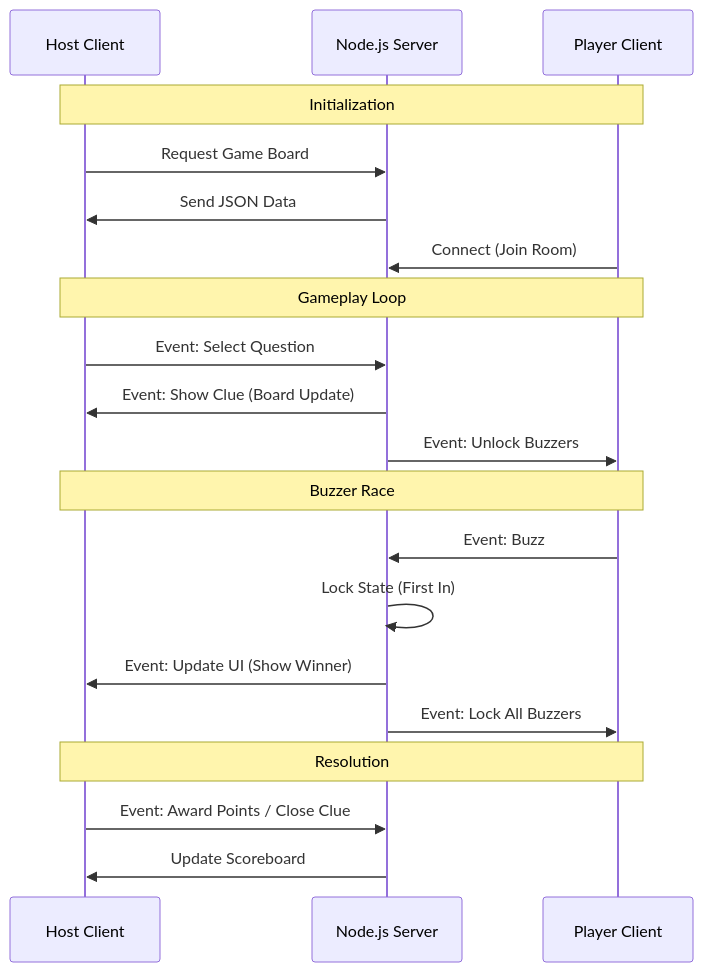
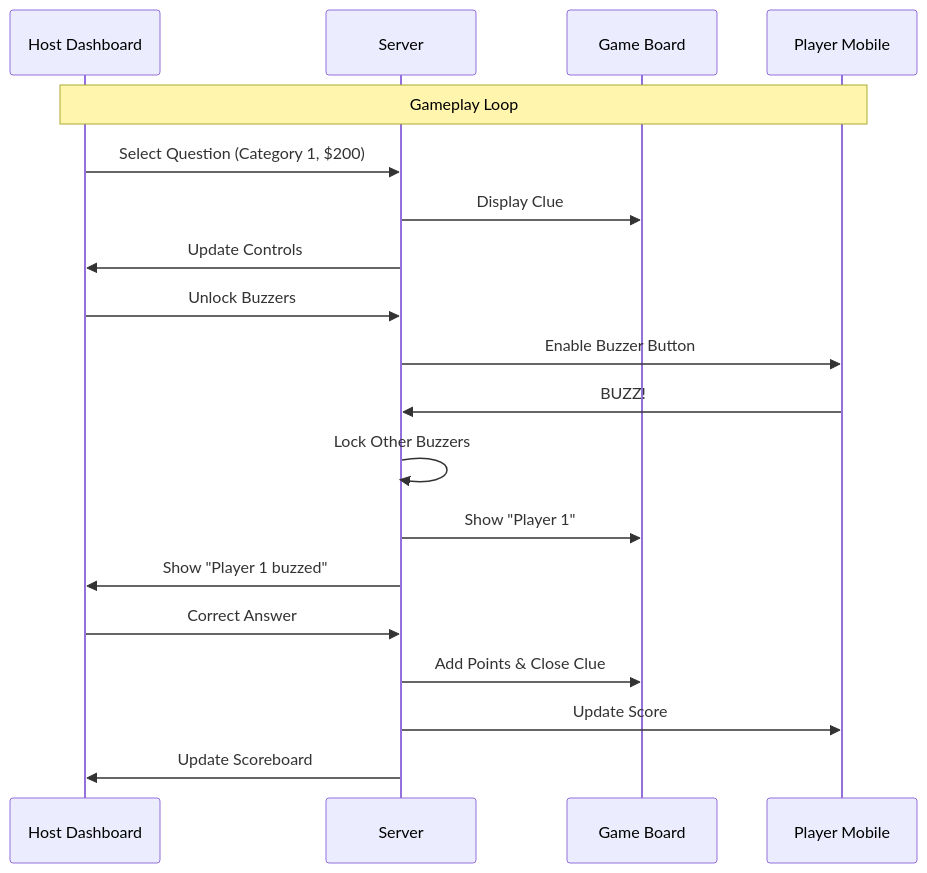
Before and after one commit to apenaloza7/git-money-jeopardy: the second of 2 diagrams in README.md, drawn with Mermaid. The commit also changed other lines of this file and 28 other files, not shown here.

````diff
--- a/README.md
+++ b/README.md
@@ -34,26 +131,26 @@
 ```mermaid
 sequenceDiagram
-    participant Host as Host Client
-    participant Server as Node.js Server
-    participant Player as Player Client
-
-    Note over Host, Player: Initialization
-    Host->>Server: Request Game Board
-    Server->>Host: Send JSON Data
-    Player->>Server: Connect (Join Room)
+    participant Host as Host Dashboard
+    participant Server
+    participant Board as Game Board
+    participant Player as Player Mobile
 
     Note over Host, Player: Gameplay Loop
-    Host->>Server: Event: Select Question
-    Server->>Host: Event: Show Clue (Board Update)
-    Server->>Player: Event: Unlock Buzzers
 
-    Note over Host, Player: Buzzer Race
-    Player->>Server: Event: Buzz
-    Server->>Server: Lock State (First In)
-    Server->>Host: Event: Update UI (Show Winner)
-    Server->>Player: Event: Lock All Buzzers
-
-    Note over Host, Player: Resolution
-    Host->>Server: Event: Award Points / Close Clue
+    Host->>Server: Select Question (Category 1, $200)
+    Server->>Board: Display Clue
+    Server->>Host: Update Controls
+    
+    Host->>Server: Unlock Buzzers
+    Server->>Player: Enable Buzzer Button
+    
+    Player->>Server: BUZZ!
+    Server->>Server: Lock Other Buzzers
+    Server->>Board: Show "Player 1"
+    Server->>Host: Show "Player 1 buzzed"
+    
+    Host->>Server: Correct Answer
+    Server->>Board: Add Points & Close Clue
+    Server->>Player: Update Score
     Server->>Host: Update Scoreboard
 ```
````
